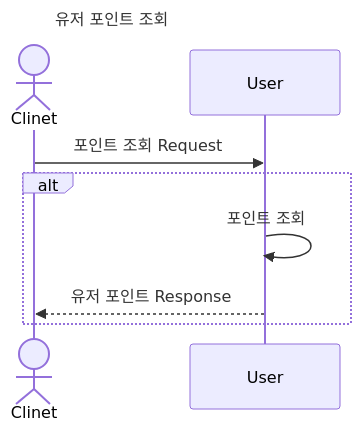
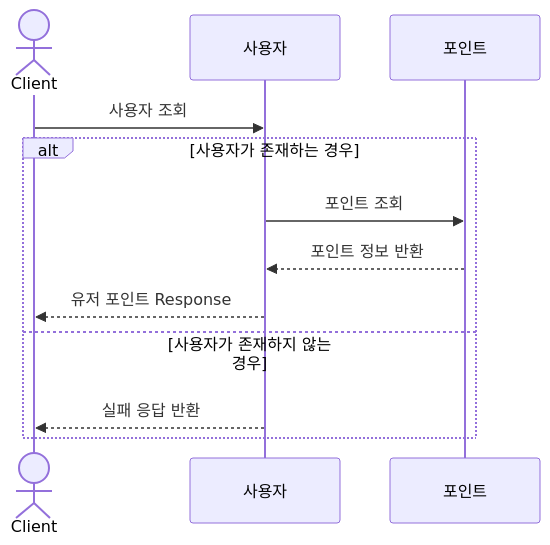
One commit to KMGeon/hhplus-e-commerce changed the first of 8 diagrams in docs/SequenceDiagram.md. Above: the diagram before and after it, drawn with Mermaid. The commit also changed other lines of this file, not shown here.

Commit message:
[DOCS] : 시퀀스 다이어그램

````diff
--- a/docs/SequenceDiagram.md
+++ b/docs/SequenceDiagram.md
@@ -3,12 +9,16 @@
 ```mermaid
-
 sequenceDiagram
-    title: 유저 포인트 조회
-actor Clinet
-
-Clinet->>User:포인트 조회 Request
-alt 
-    User->>User: 포인트 조회
-    User-->>Clinet: 유저 포인트 Response
-end
+    actor Client
+    participant Usr as 사용자
+    participant Point as 포인트
+    
+    Client->>Usr: 사용자 조회
+    
+    alt사용자가 존재하는 경우
+        Usr->>Point: 포인트 조회
+        Point-->>Usr: 포인트 정보 반환
+        Usr-->>Client: 유저 포인트 Response
+    else 사용자가 존재하지 않는 경우
+        Usr-->>Client: 실패 응답 반환
+    end
 ```
````
